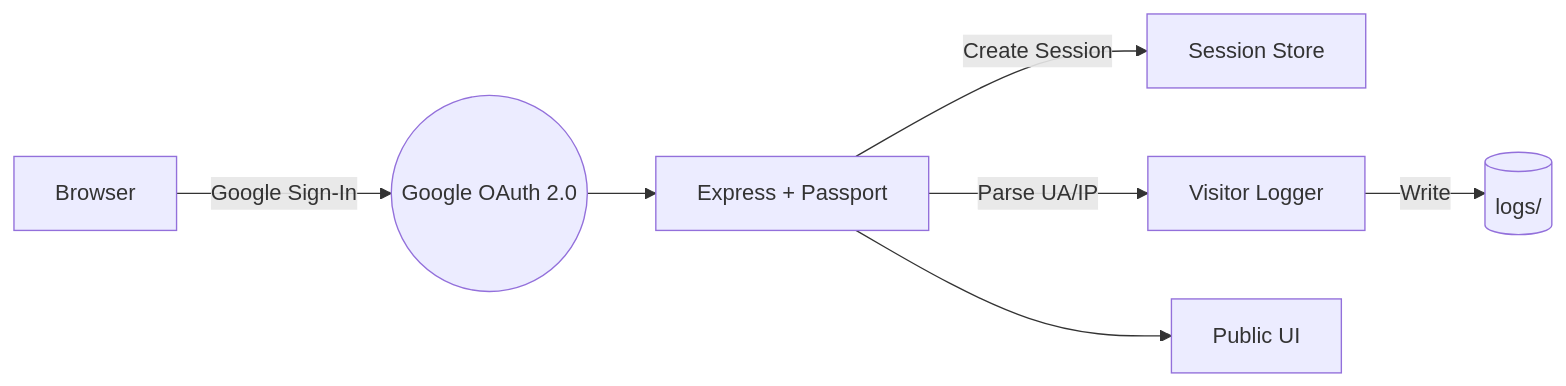
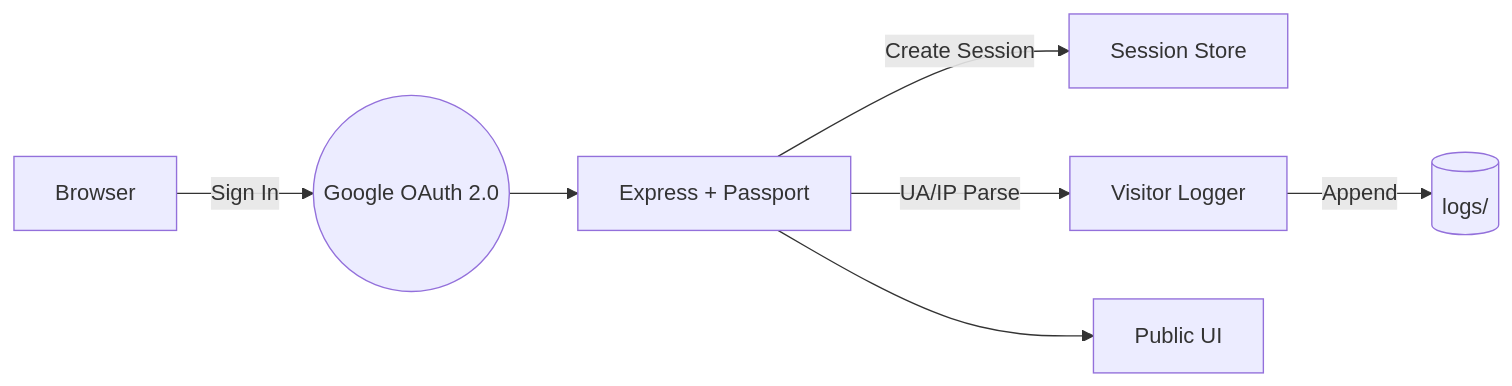
One commit to AshmitThakur23/Web-Visitor-Tracker- changed the second of 3 diagrams in README.md. Above: the diagram before and after it, drawn with Mermaid. The commit also changed other lines of this file, not shown here.

````diff
--- a/README.md
+++ b/README.md
@@ -52,9 +76,9 @@
 ```mermaid
 flowchart LR
-  A[Browser] -- Google Sign-In --> B((Google OAuth 2.0))
+  A[Browser] -- Sign In --> B((Google OAuth 2.0))
   B --> C[Express + Passport]
   C -->|Create Session| D[Session Store]
-  C -->|Parse UA/IP| E[Visitor Logger]
-  E -->|Write| F[(logs/)]
+  C -->|UA/IP Parse| E[Visitor Logger]
+  E -->|Append| F[(logs/)]
   C --> G[Public UI]
 ```
````
